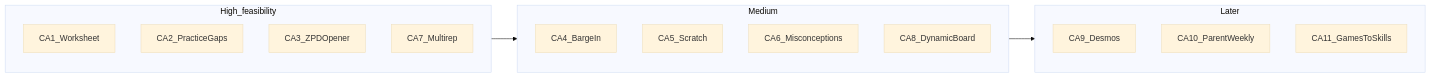
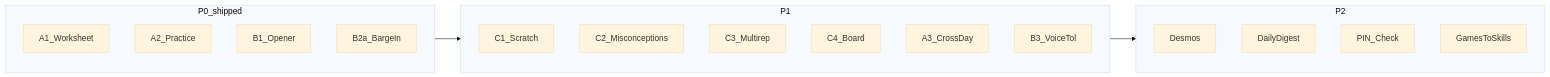
The diagram in docs/subsystems/competitive-feature-analysis.md (zilinli/ryan_learning), drawn with Mermaid (base theme) before and after one commit. The commit also changed other lines of this file and 4 other files, not shown here.

````diff
--- a/docs/subsystems/competitive-feature-analysis.md
+++ b/docs/subsystems/competitive-feature-analysis.md
@@ -133,21 +160,24 @@
 ```mermaid
 flowchart LR
-  subgraph high [High_feasibility]
-    W[CA1_Worksheet]
-    P[CA2_PracticeGaps]
-    Z[CA3_ZPDOpener]
-    A[CA7_Multirep]
+  subgraph p0 [P0_shipped]
+    W[A1_Worksheet]
+    P[A2_Practice]
+    Z[B1_Opener]
+    B[B2a_BargeIn]
   end
-  subgraph mid [Medium]
-    B[CA4_BargeIn]
-    S[CA5_Scratch]
-    M[CA6_Misconceptions]
-    D[CA8_DynamicBoard]
+  subgraph p1 [P1]
+    S[C1_Scratch]
+    M[C2_Misconceptions]
+    A[C3_Multirep]
+    D[C4_Board]
+    A3[A3_CrossDay]
+    B3[B3_VoiceTol]
   end
-  subgraph later [Later]
-    G[CA9_Desmos]
-    R[CA10_ParentWeekly]
-    E[CA11_GamesToSkills]
+  subgraph p2 [P2]
+    G[Desmos]
+    D2[DailyDigest]
+    D1[PIN_Check]
+    E[GamesToSkills]
   end
-  high --> mid --> later
+  p0 --> p1 --> p2
 ```
````
